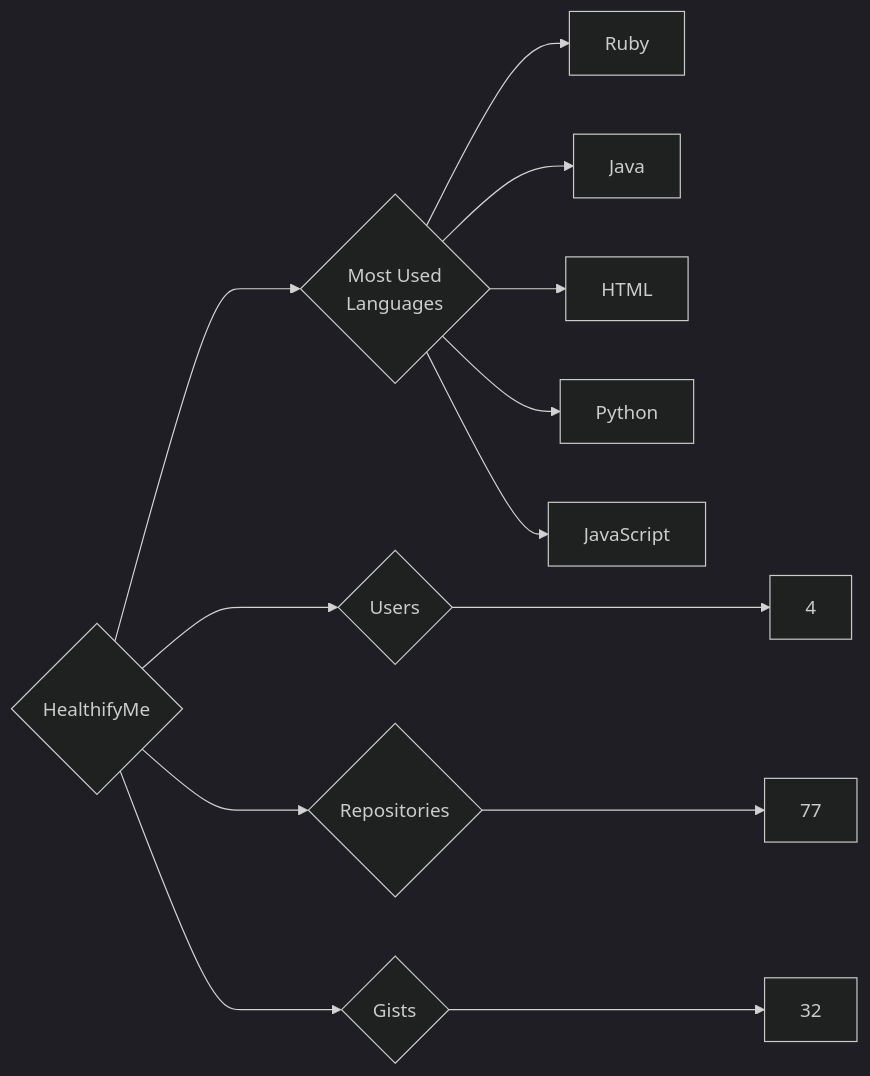
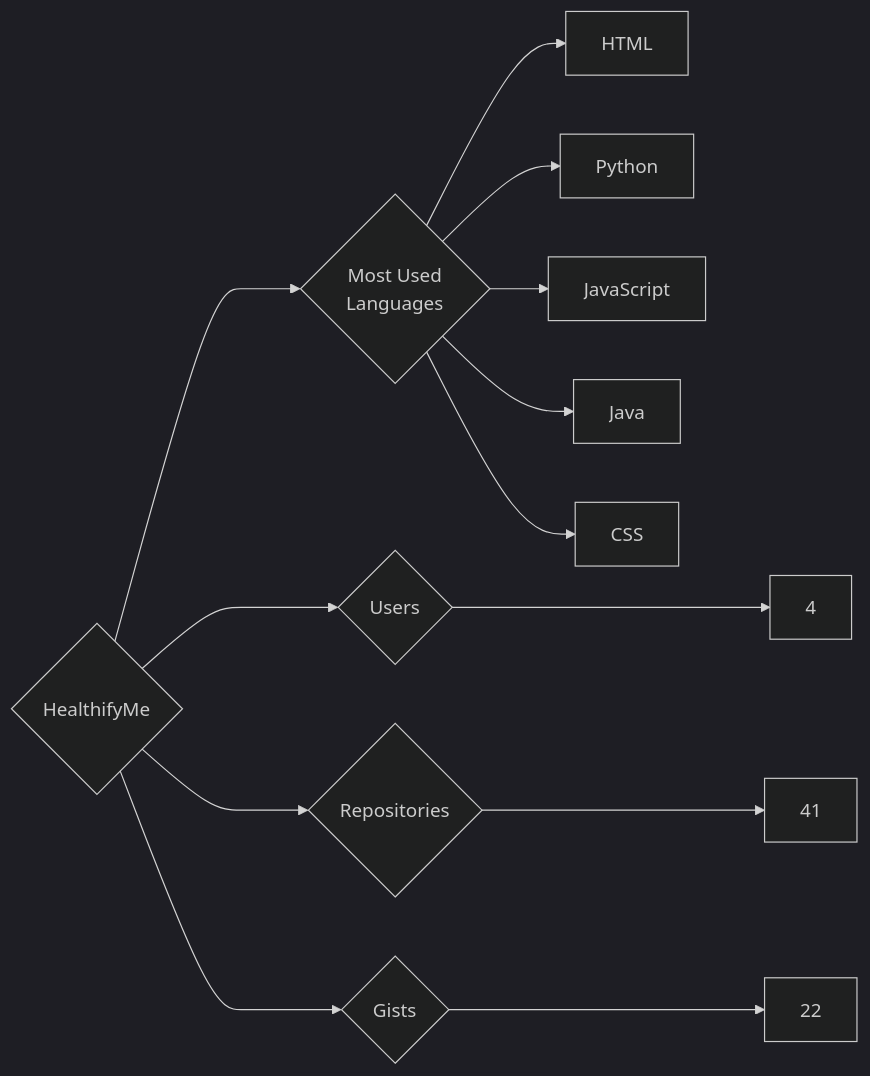
Before and after one commit to trickest/insiders: the diagram in targets/HealthifyMe/README.md, drawn with Mermaid (dark theme). The commit also changed 1003 other files, not shown here.

````diff
--- a/targets/HealthifyMe/README.md
+++ b/targets/HealthifyMe/README.md
@@ -3,13 +3,13 @@
 ```mermaid
 graph LR
 COMPANY_NAME{HealthifyMe}
 COMPANY_NAME ---> U{Users} ---> UN[4]
-COMPANY_NAME ---> R{Repositories} ---> RN[77]
-COMPANY_NAME ---> G{Gists} ---> GN[32]
+COMPANY_NAME ---> R{Repositories} ---> RN[41]
+COMPANY_NAME ---> G{Gists} ---> GN[22]
 COMPANY_NAME ---> ML{Most Used<br>Languages}
-ML --> Ruby[Ruby]
-ML --> Java[Java]
 ML --> HTML[HTML]
 ML --> Python[Python]
 ML --> JavaScript[JavaScript]
+ML --> Java[Java]
+ML --> CSS[CSS]
 ```
````
